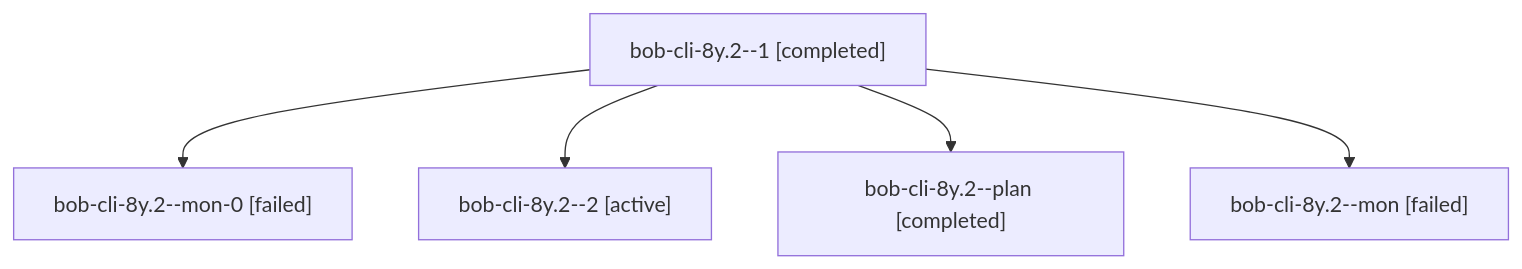
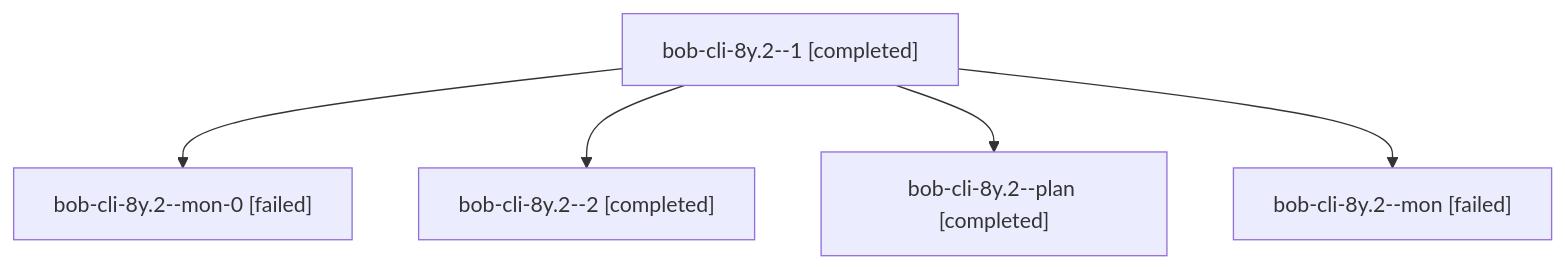
The diagram in sessions/bbugyi200.athena.bob-cli-8y.2.md (bobs-org/bob-cli--agents), drawn with Mermaid before and after one commit. The commit also changed other lines of this file and 62 other files, not shown here.

````diff
--- a/sessions/bbugyi200.athena.bob-cli-8y.2.md
+++ b/sessions/bbugyi200.athena.bob-cli-8y.2.md
@@ -9,12 +9,12 @@
 ```mermaid
 flowchart TD
   n0["bob-cli-8y.2--1 [completed]"]
   n1["bob-cli-8y.2--mon-0 [failed]"]
   n0 --> n1
-  n2["bob-cli-8y.2--2 [active]"]
+  n2["bob-cli-8y.2--2 [completed]"]
   n0 --> n2
   n3["bob-cli-8y.2--plan [completed]"]
   n0 --> n3
   n4["bob-cli-8y.2--mon [failed]"]
   n0 --> n4
 ```
````
